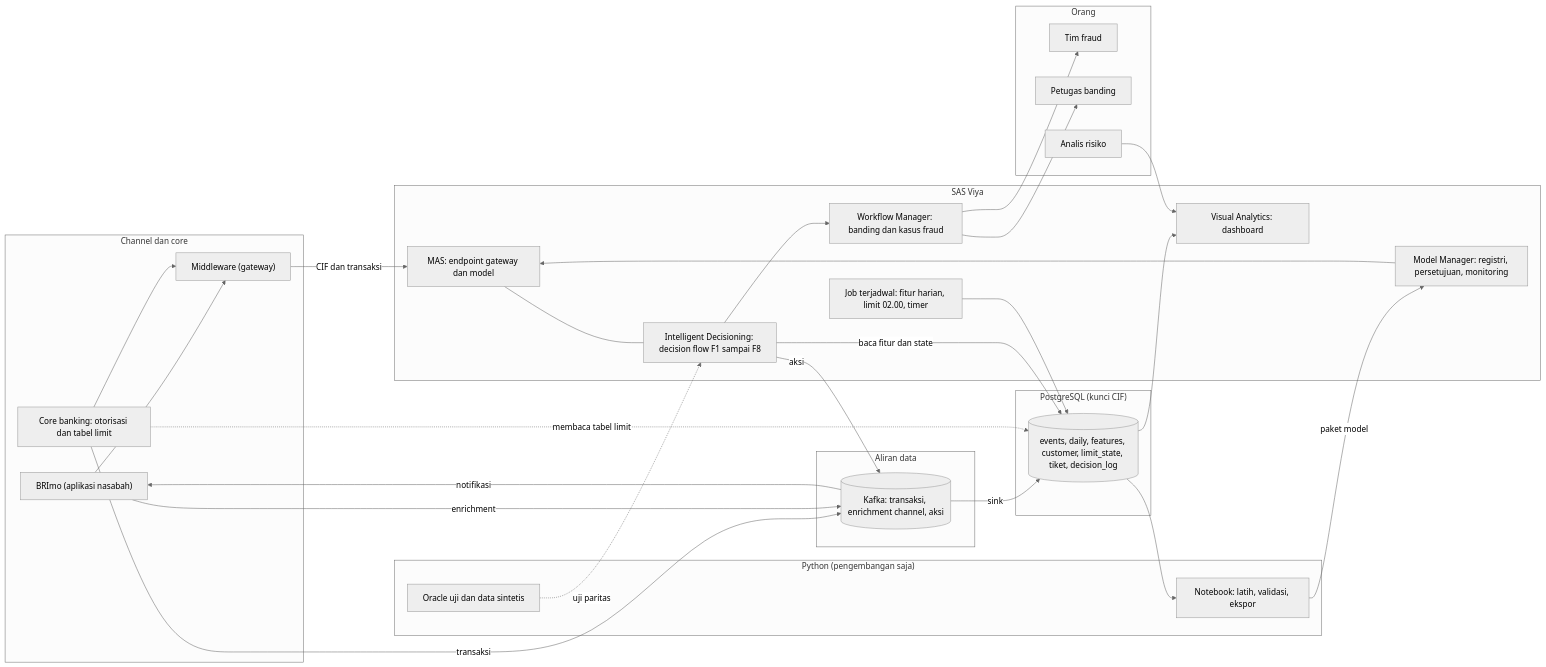
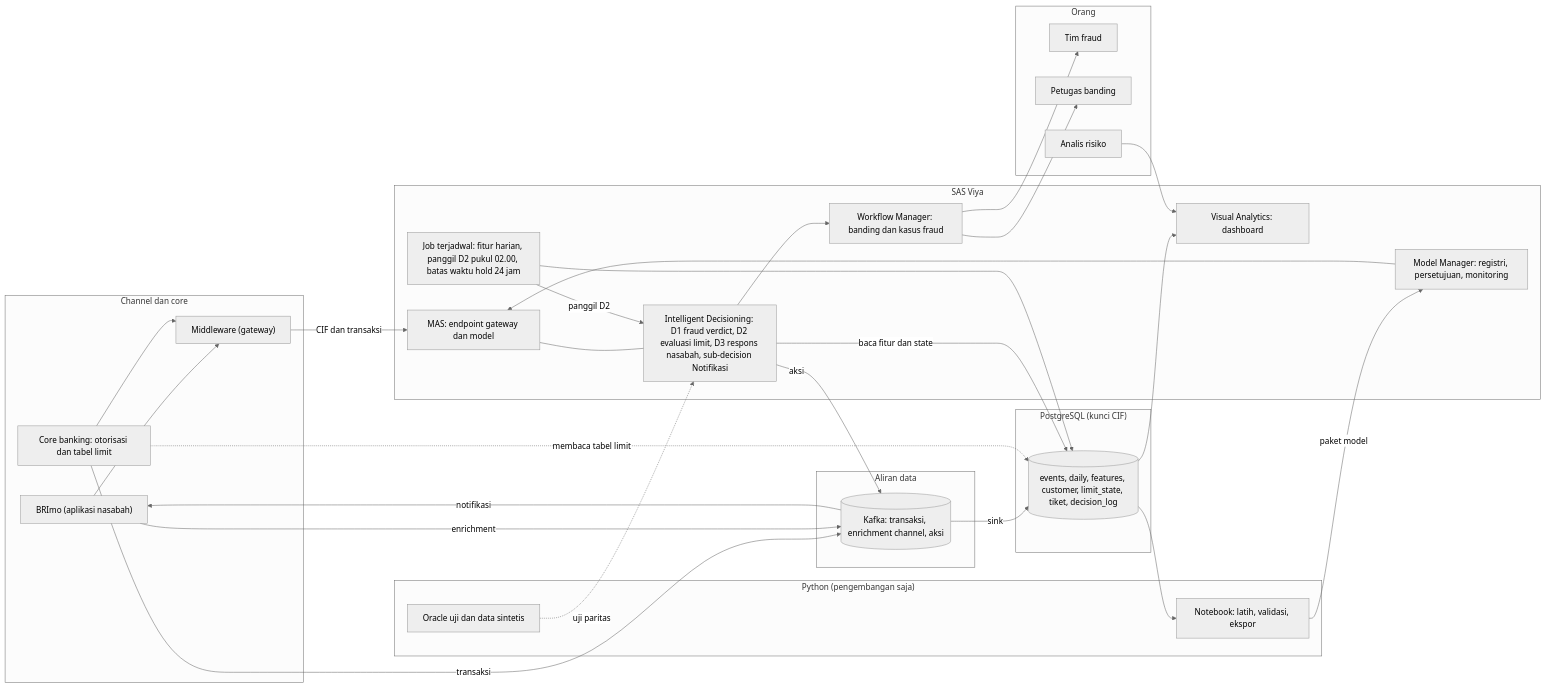
Before and after one commit to afintchtr/sashckton-gearup: the first of 9 diagrams in docs/DIAGRAMS.md, drawn with Mermaid (neutral theme). The commit also changed other lines of this file and 8 other files, not shown here.

First line of the commit message:
Docs: add decision flow specification (D1-D3) and align all docs

````diff
--- a/docs/DIAGRAMS.md
+++ b/docs/DIAGRAMS.md
@@ -12,52 +19,53 @@
 ```mermaid
 flowchart LR
     subgraph CH["Channel dan core"]
         APP["BRImo (aplikasi nasabah)"]
         CORE["Core banking: otorisasi dan tabel limit"]
         MW["Middleware (gateway)"]
     end
     subgraph ST["Aliran data"]
         KF[("Kafka: transaksi, enrichment channel, aksi")]
     end
     subgraph DB["PostgreSQL (kunci CIF)"]
         PG[("events, daily, features, customer, limit_state, tiket, decision_log")]
     end
     subgraph VY["SAS Viya"]
         MAS["MAS: endpoint gateway dan model"]
-        ID["Intelligent Decisioning: decision flow F1 sampai F8"]
+        ID["Intelligent Decisioning: D1 fraud verdict, D2 evaluasi limit, D3 respons nasabah, sub-decision Notifikasi"]
         MM["Model Manager: registri, persetujuan, monitoring"]
-        JB["Job terjadwal: fitur harian, limit 02.00, timer"]
+        JB["Job terjadwal: fitur harian, panggil D2 pukul 02.00, batas waktu hold 24 jam"]
         WF["Workflow Manager: banding dan kasus fraud"]
         VA["Visual Analytics: dashboard"]
     end
     subgraph PY["Python (pengembangan saja)"]
         NB["Notebook: latih, validasi, ekspor"]
         OR["Oracle uji dan data sintetis"]
     end
     subgraph PPL["Orang"]
         FO["Tim fraud"]
         RV["Petugas banding"]
         RA["Analis risiko"]
     end
     APP --> MW
     CORE --> MW
     MW -->|"CIF dan transaksi"| MAS
     MAS --- ID
     ID -->|"baca fitur dan state"| PG
     JB --> PG
+    JB -->|"panggil D2"| ID
     CORE -->|transaksi| KF
     APP -->|enrichment| KF
     KF -->|sink| PG
     ID -->|aksi| KF
     KF -->|notifikasi| APP
     ID --> WF
     WF --> FO
     WF --> RV
     PG --> VA
     PG --> NB
     NB -->|"paket model"| MM
     MM --> MAS
     OR -.->|uji paritas| ID
     RA --> VA
     CORE -.->|membaca tabel limit| PG
 ```
````
